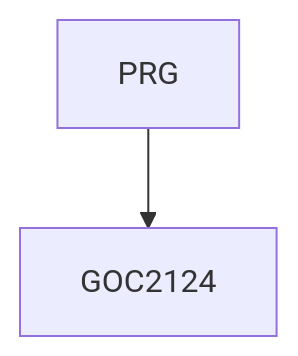
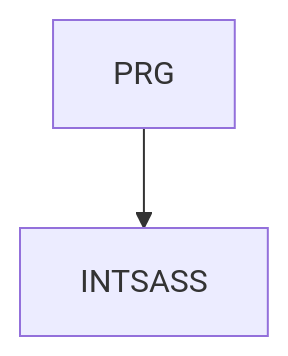
The diagram in INTSASS CZ.md (mbradic/gopas-osnovy), drawn with Mermaid before and after one commit. The commit also changed 6 other files, not shown here.

````diff
--- a/INTSASS CZ.md
+++ b/INTSASS CZ.md
@@ -7,4 +7,4 @@
 ```mermaid
 graph TD
-    PRG --> GOC2124
+    PRG --> INTSASS
 ```
````
